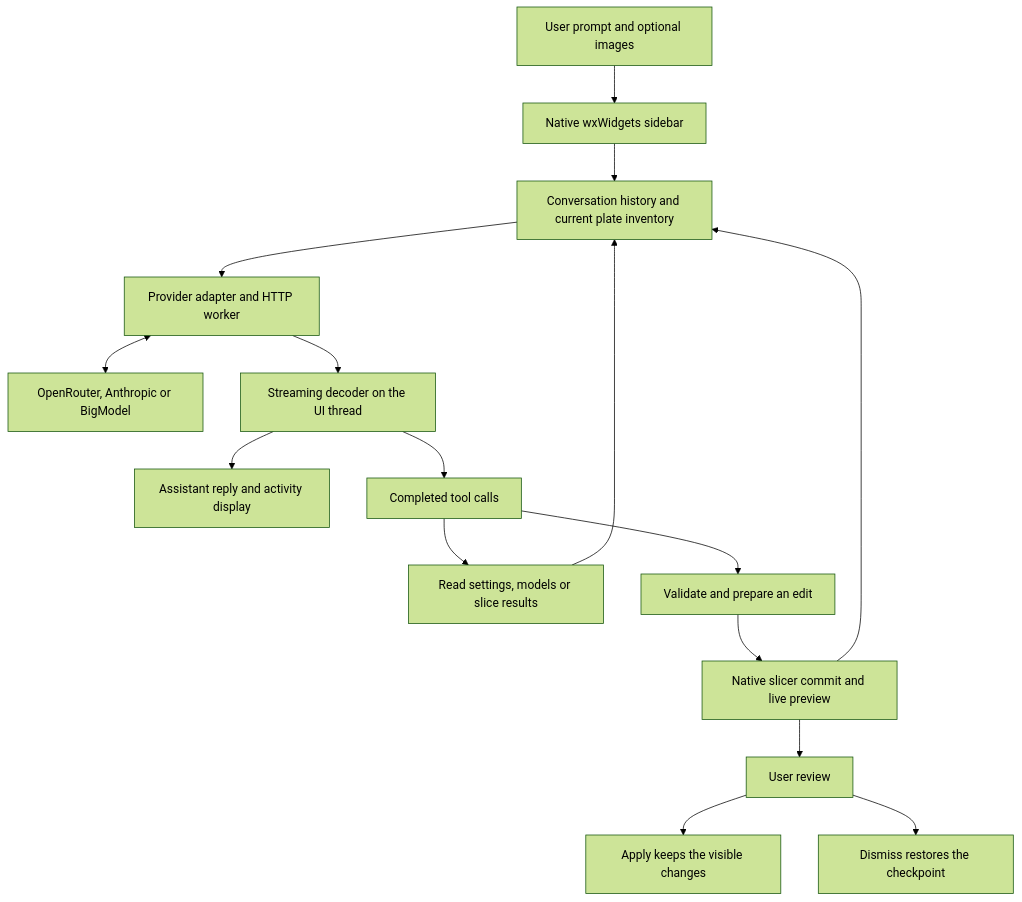
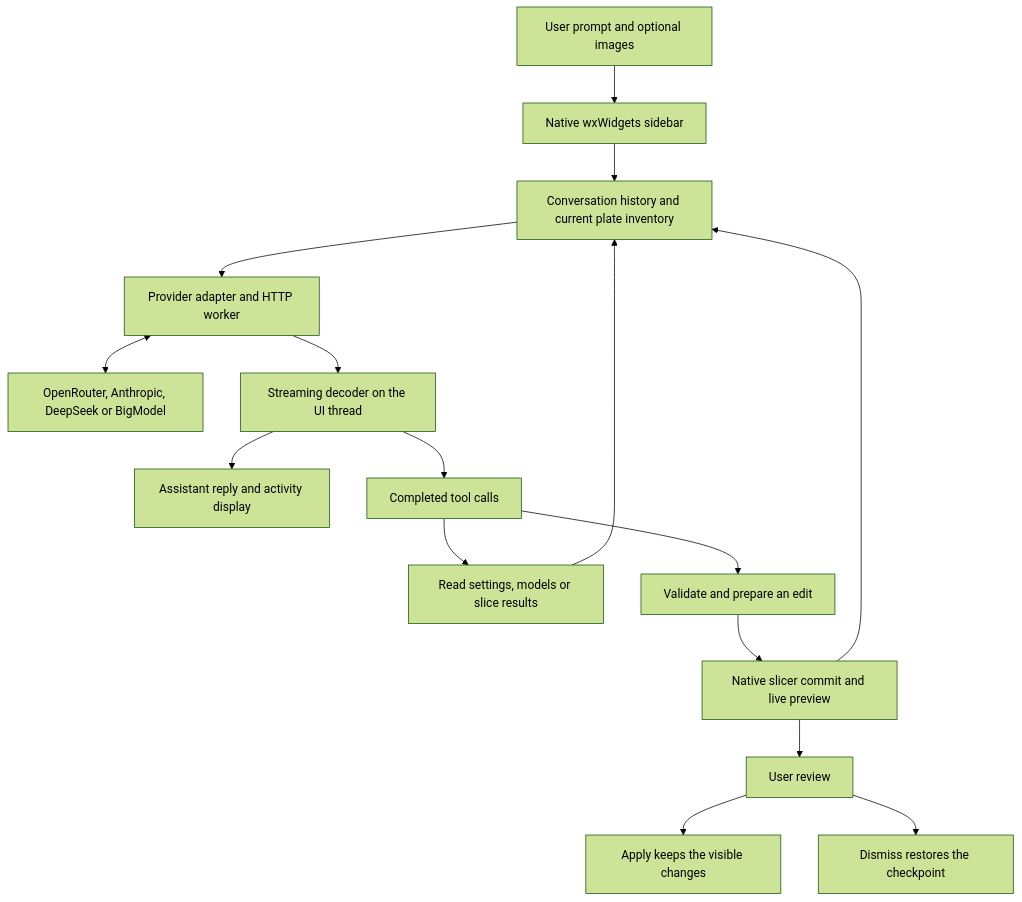
One commit to ratdouxdoux/OrcaSlicer changed the diagram in doc/AI-Assistant-Architecture.md. Above: the diagram before and after it, drawn with Mermaid (forest theme). The commit also changed other lines of this file and 14 other files, not shown here.

````diff
--- a/doc/AI-Assistant-Architecture.md
+++ b/doc/AI-Assistant-Architecture.md
@@ -19,18 +19,18 @@
 ```mermaid
 flowchart TD
     U[User prompt and optional images] --> UI[Native wxWidgets sidebar]
     UI --> H[Conversation history and current plate inventory]
     H --> P[Provider adapter and HTTP worker]
-    P <--> L[OpenRouter, Anthropic or BigModel]
+    P <--> L[OpenRouter, Anthropic, DeepSeek or BigModel]
     P --> S[Streaming decoder on the UI thread]
     S --> A[Assistant reply and activity display]
     S --> T[Completed tool calls]
     T --> R[Read settings, models or slice results]
     T --> V[Validate and prepare an edit]
     R --> H
     V --> C[Native slicer commit and live preview]
     C --> H
     C --> D[User review]
     D --> K[Apply keeps the visible changes]
     D --> B[Dismiss restores the checkpoint]
 ```
````
